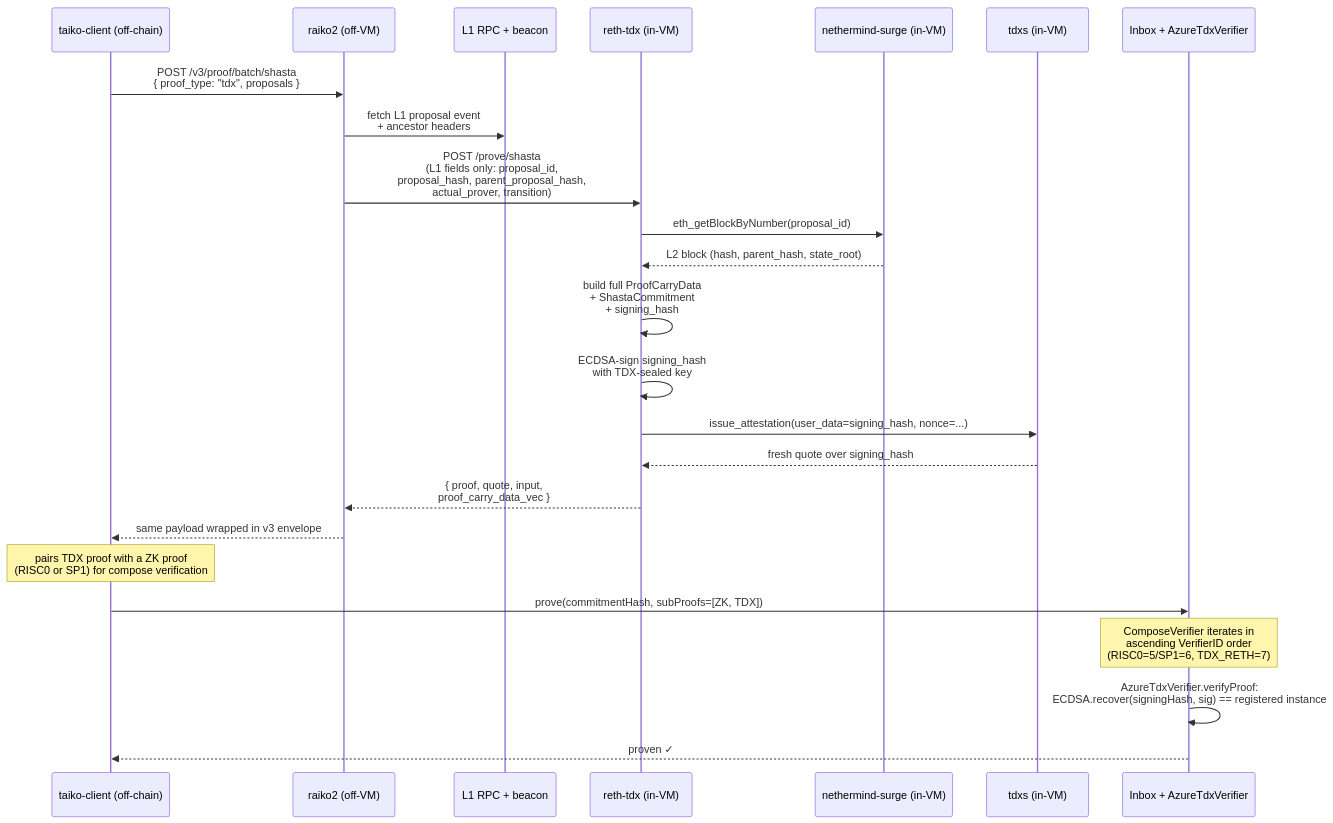
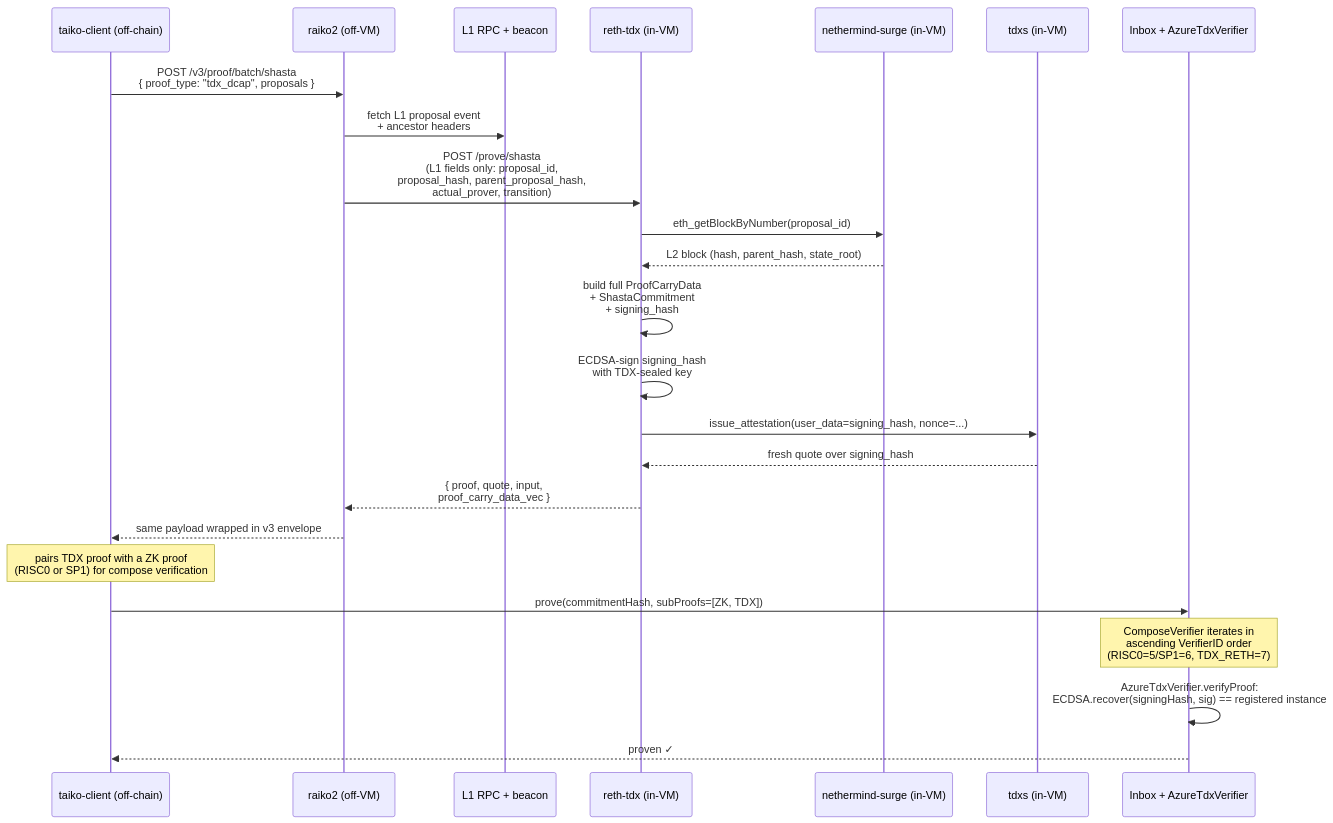
The fourth of 4 diagrams in docs/tdx_architecture.md (taikoxyz/raiko2), drawn with Mermaid before and after one commit. The commit also changed other lines of this file and 19 other files, not shown here.

Commit message:
fix(prover): name tdx dcap proof lane explicitly

````diff
--- a/docs/tdx_architecture.md
+++ b/docs/tdx_architecture.md
@@ -172,29 +172,29 @@
 ```mermaid
 sequenceDiagram
     participant TC as taiko-client (off-chain)
     participant R2 as raiko2 (off-VM)
     participant L1 as L1 RPC + beacon
     participant RTDX as reth-tdx (in-VM)
     participant NM as nethermind-surge (in-VM)
     participant TDXS as tdxs (in-VM)
     participant ETH as Inbox + AzureTdxVerifier
 
-    TC->>R2: POST /v3/proof/batch/shasta<br/>{ proof_type: "tdx", proposals }
+    TC->>R2: POST /v3/proof/batch/shasta<br/>{ proof_type: "tdx_dcap", proposals }
     R2->>L1: fetch L1 proposal event<br/>+ ancestor headers
     R2->>RTDX: POST /prove/shasta<br/>(L1 fields only: proposal_id,<br/>proposal_hash, parent_proposal_hash,<br/>actual_prover, transition)
     RTDX->>NM: eth_getBlockByNumber(proposal_id)
     NM-->>RTDX: L2 block (hash, parent_hash, state_root)
     RTDX->>RTDX: build full ProofCarryData<br/>+ ShastaCommitment<br/>+ signing_hash
     RTDX->>RTDX: ECDSA-sign signing_hash<br/>with TDX-sealed key
     RTDX->>TDXS: issue_attestation(user_data=signing_hash, nonce=...)
     TDXS-->>RTDX: fresh quote over signing_hash
     RTDX-->>R2: { proof, quote, input,<br/>proof_carry_data_vec }
     R2-->>TC: same payload wrapped in v3 envelope
 
     Note over TC: pairs TDX proof with a ZK proof<br/>(RISC0 or SP1) for compose verification
 
     TC->>ETH: prove(commitmentHash, subProofs=[ZK, TDX])
     Note over ETH: ComposeVerifier iterates in<br/>ascending VerifierID order<br/>(RISC0=5/SP1=6, TDX_RETH=7)
     ETH->>ETH: AzureTdxVerifier.verifyProof:<br/>ECDSA.recover(signingHash, sig) == registered instance
     ETH-->>TC: proven ✓
 ```
````
